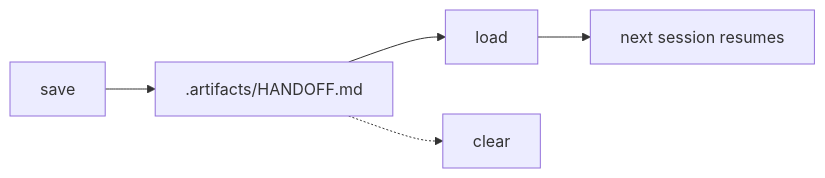
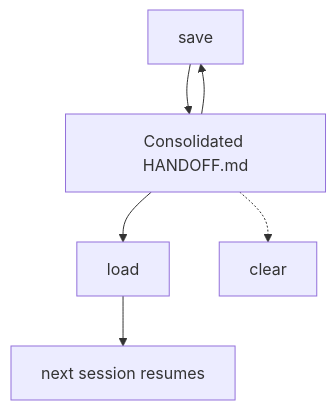
Before and after one commit to adeonir/agent-skills: the diagram in skills/personal/handoff/README.md, drawn with Mermaid. The commit also changed other lines of this file and 3 other files, not shown here.

````diff
--- a/skills/personal/handoff/README.md
+++ b/skills/personal/handoff/README.md
@@ -7,7 +7,8 @@
 ```mermaid
-flowchart LR
-    A[save] --> B[.artifacts/HANDOFF.md]
+flowchart TD
+    A[save] --> B[Consolidated HANDOFF.md]
+    B --> A
     B --> C[load]
     C --> D[next session resumes]
     B -.-> E[clear]
 ```
````
